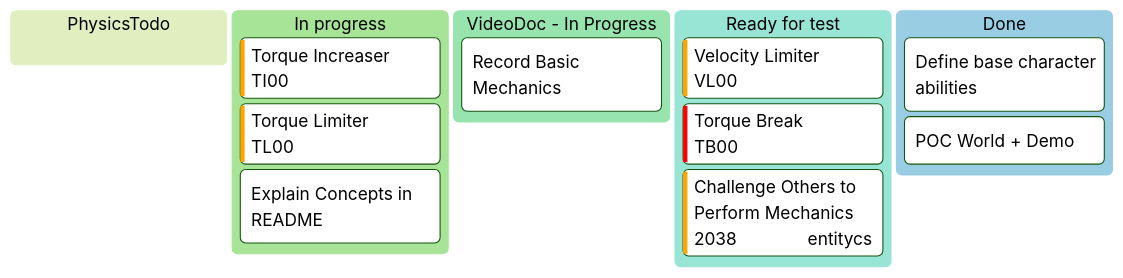
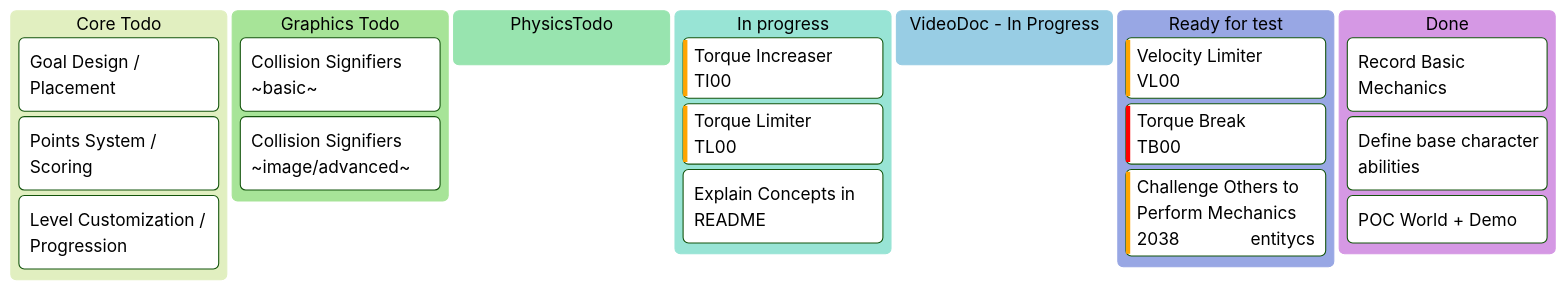
Before and after one commit to entitycs/WaMBaM: the second of 9 diagrams in README.md, drawn with Mermaid.

Commit message:
update kanban

````diff
--- a/README.md
+++ b/README.md
@@ -90,23 +90,29 @@
 ```mermaid
 ---
 config:
   theme: 'forest'
 ---
 kanban
+  core[Core Todo]
+    ct[Goal Design / Placement]
+    ct[Points System / Scoring]
+    ct[Level Customization / Progression]
+  graphics[Graphics Todo]
+    sc[Collision Signifiers ~basic~]
+    sc[Collision Signifiers ~image/advanced~]
   physics[PhysicsTodo]
   q[In progress]
     tg[Torque Increaser]@{ticket: TI00,  priority: 'High'}
     tg[Torque Limiter]@{ticket: TL00,  priority: 'High'}
     id6[Explain Concepts in README]
   id9[VideoDoc - In Progress]
-    id8[Record Basic Mechanics] 
   id10[Ready for test]
     vl[Velocity Limiter]@{ticket: VL00, priority: 'High'}
 
     tg[Torque Break]@{ticket: TB00,  priority: 'Very High'}
     id4[Challenge Others to Perform Mechanics]@{ ticket: 2038, assigned: 'entitycs', priority: 'High' }
   id11[Done]
+    id8[Record Basic Mechanics] 
     id5[Define base character abilities]
-    id2[POC World + Demo] 
- 
+    id2[POC World + Demo]
 ```
````
